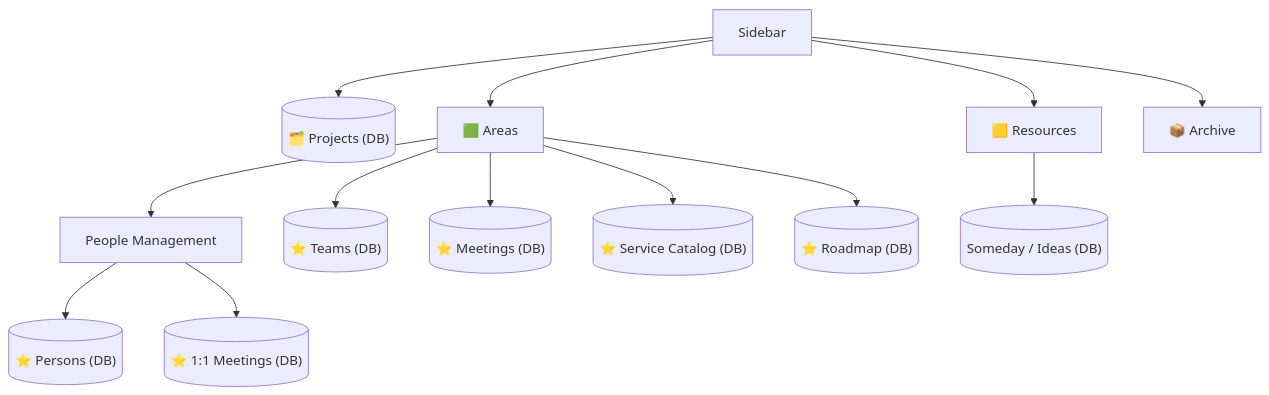
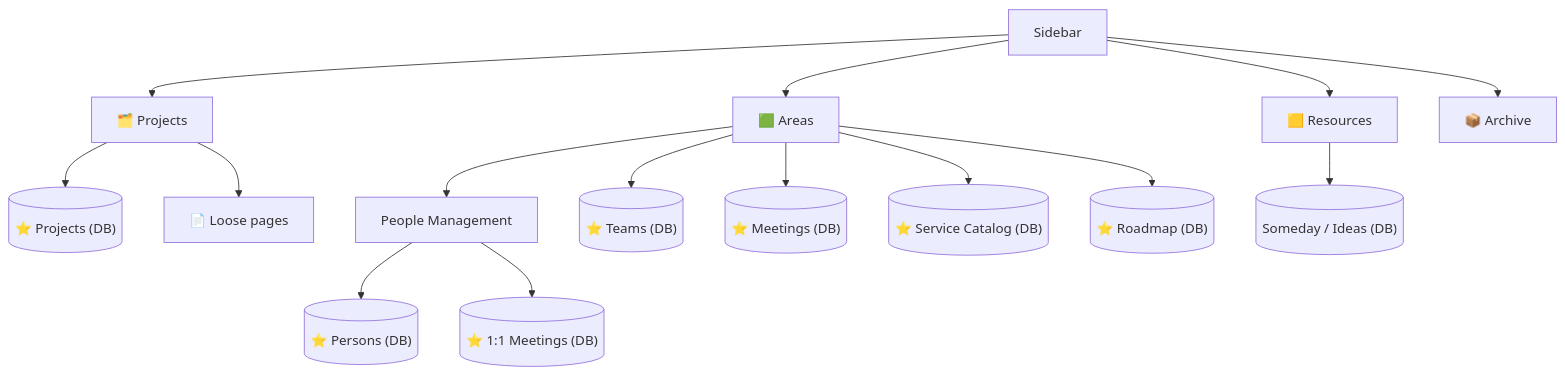
One commit to dcop7/tips_and_guides changed the fourth of 5 diagrams in workflow/personal-productivity-system-cheatsheet.md. Above: the diagram before and after it, drawn with Mermaid. The commit also changed other lines of this file, not shown here.

````diff
--- a/workflow/personal-productivity-system-cheatsheet.md
+++ b/workflow/personal-productivity-system-cheatsheet.md
@@ -133,15 +134,17 @@
 ```mermaid
 graph TD
-    Sidebar --> Projects[("🗂️ Projects (DB)")]
+    Sidebar --> Projects["🗂️ Projects"]
     Sidebar --> Areas["🟩 Areas"]
+    Projects --> PDB[("⭐ Projects (DB)")]
+    Projects --> Loose["📄 Loose pages"]
     Sidebar --> Resources["🟨 Resources"]
     Sidebar --> Archive["📦 Archive"]
     Areas --> PM["People Management"]
     Areas --> Teams[("⭐ Teams (DB)")]
     Areas --> Meetings[("⭐ Meetings (DB)")]
     Areas --> SC[("⭐ Service Catalog (DB)")]
     Areas --> RM[("⭐ Roadmap (DB)")]
     PM --> Persons[("⭐ Persons (DB)")]
     PM --> OneOnOne[("⭐ 1:1 Meetings (DB)")]
     Resources --> SI[("Someday / Ideas (DB)")]
 ```
````
